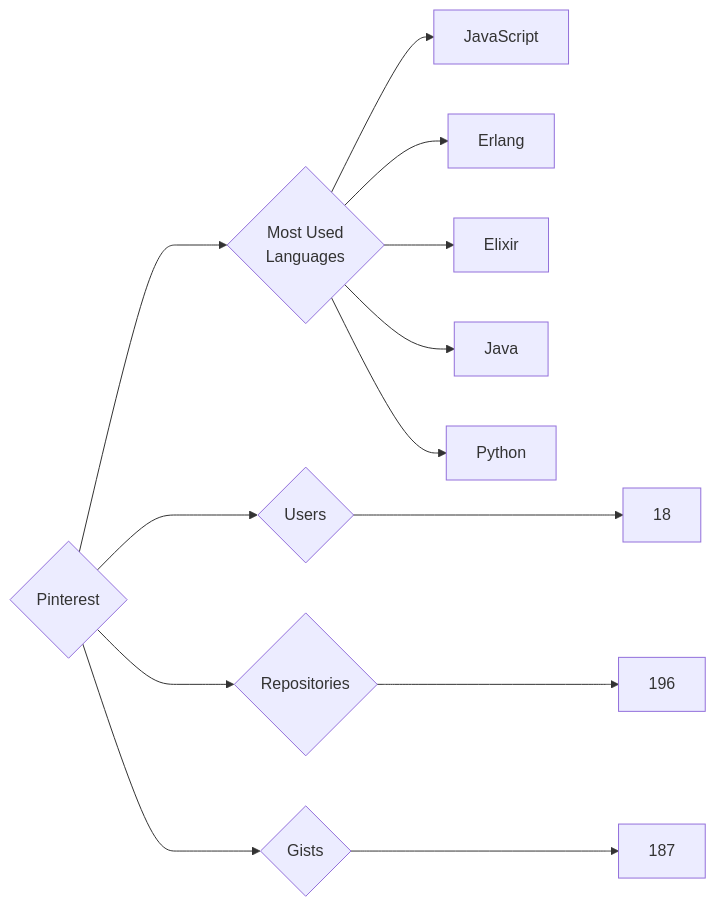
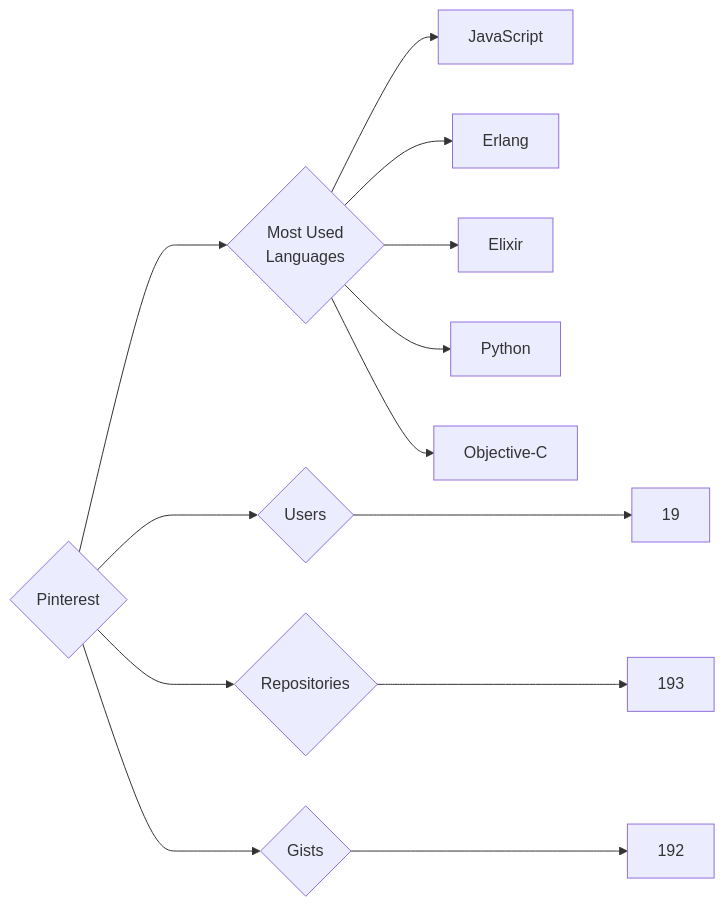
The diagram in targets/Pinterest/README.md (trickest/insiders), drawn with Mermaid before and after one commit. The commit also changed 765 other files, not shown here.

````diff
--- a/targets/Pinterest/README.md
+++ b/targets/Pinterest/README.md
@@ -3,13 +3,13 @@
 ```mermaid
 graph LR
 COMPANY_NAME{Pinterest}
-COMPANY_NAME ---> U{Users} ---> UN[18]
-COMPANY_NAME ---> R{Repositories} ---> RN[196]
-COMPANY_NAME ---> G{Gists} ---> GN[187]
+COMPANY_NAME ---> U{Users} ---> UN[19]
+COMPANY_NAME ---> R{Repositories} ---> RN[193]
+COMPANY_NAME ---> G{Gists} ---> GN[192]
 COMPANY_NAME ---> ML{Most Used<br>Languages}
 ML --> JavaScript[JavaScript]
 ML --> Erlang[Erlang]
 ML --> Elixir[Elixir]
-ML --> Java[Java]
 ML --> Python[Python]
+ML --> Objective-C[Objective-C]
 ```
````
